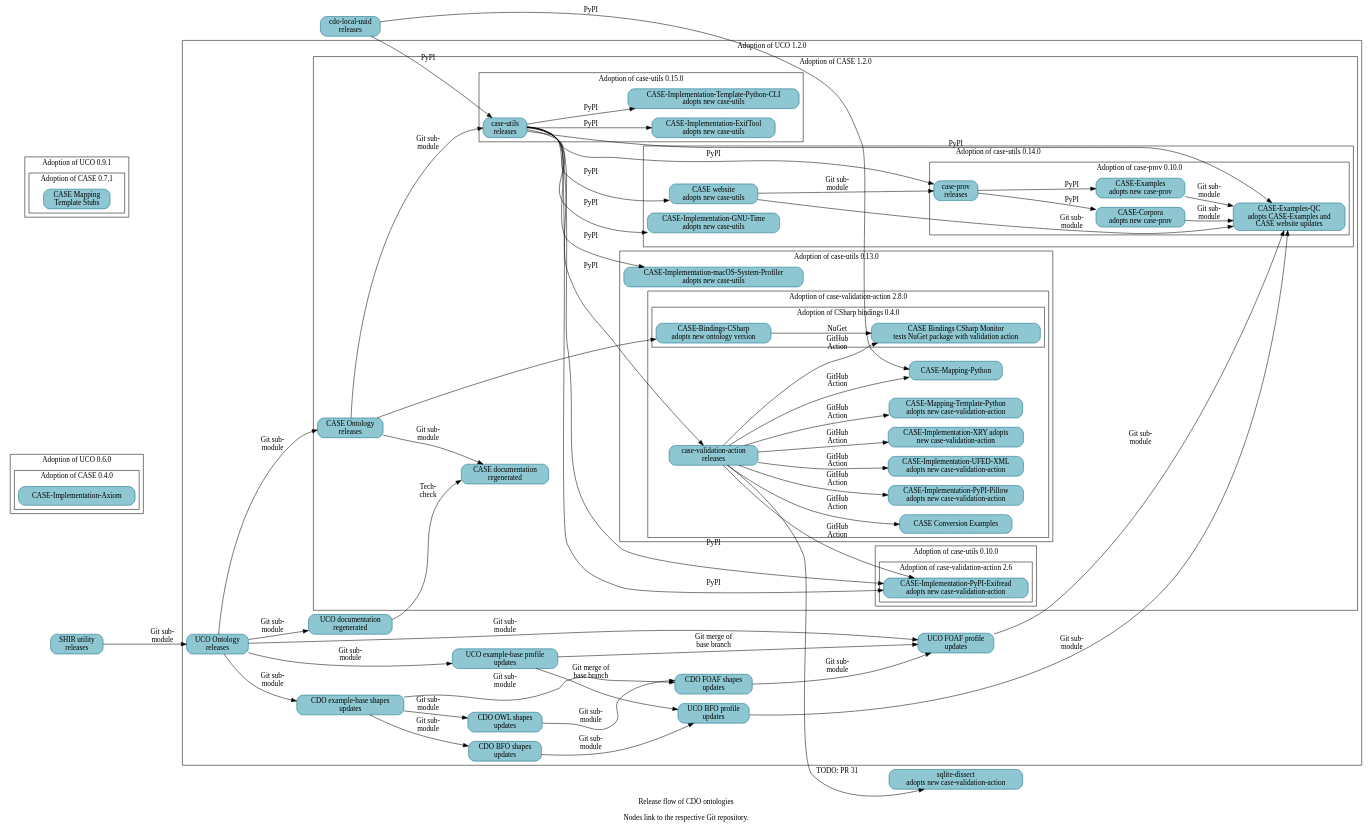
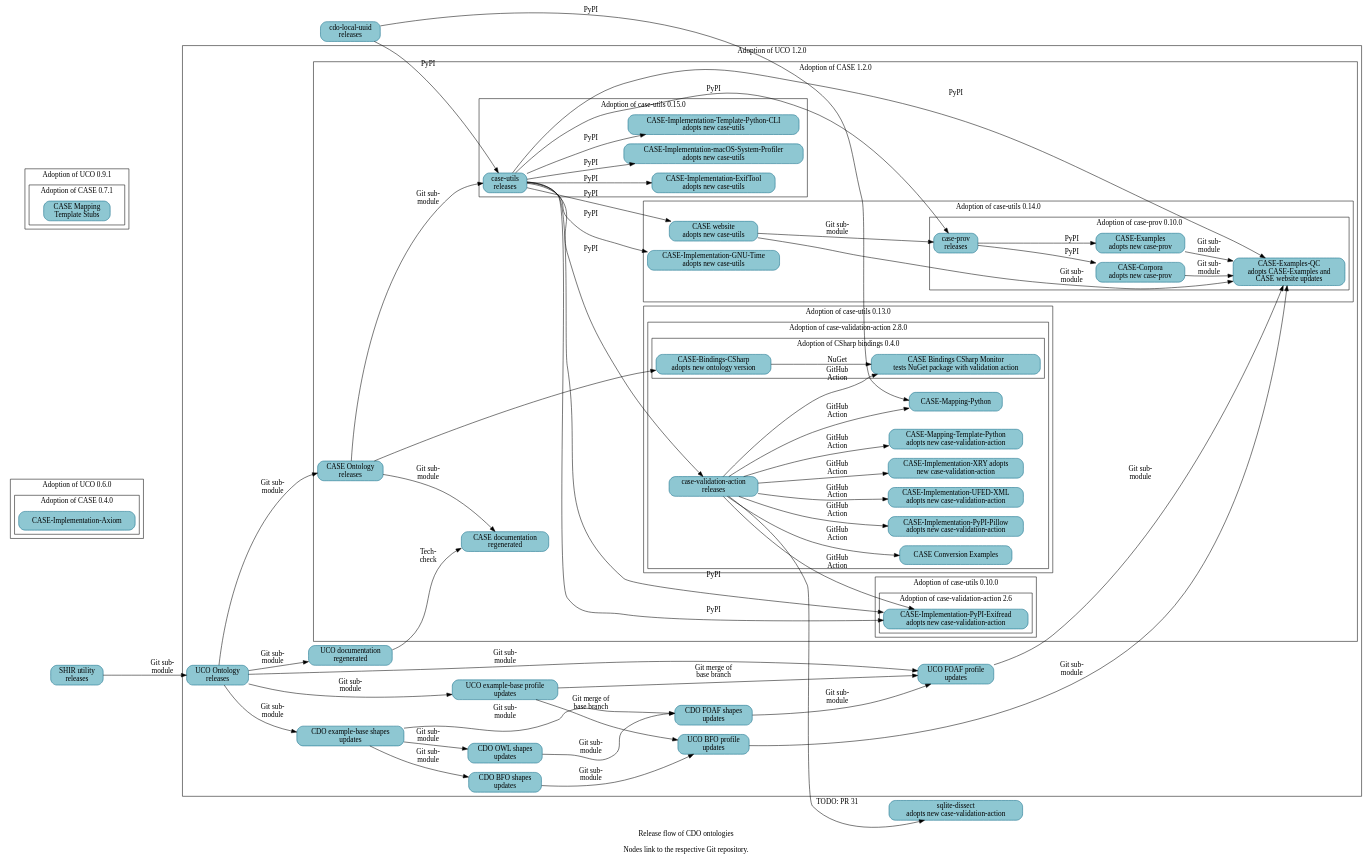
The diagram in resources/project_release_flow.dot (Cyber-Domain-Ontology/cdo.github.io), drawn with Graphviz before and after one commit.

Commit message:
Bump adoption of case-utils
A follow-on patch will regenerate Make-managed files.

```diff
--- a/resources/project_release_flow.dot
+++ b/resources/project_release_flow.dot
@@ -1,161 +1,160 @@
 digraph "cdo_release_flow" {
   label = "Release flow of CDO ontologies\n\nNodes link to the respective Git repository." ;
   rankdir = "LR" ;
   node [shape="rectangle" style="filled,rounded" fillcolor="#8EC7D2" color="#0D6986"] ;
 
   // Define nodes in their corresponding progress subgraph.
 
   _GH__CYBER_DOMAIN_ONTOLOGY__CDO_UTILITY_LOCAL_UUID [URL="https://github.com/Cyber-Domain-Ontology/CDO-Utility-Local-UUID" label="cdo-local-uuid\nreleases"] ;
 
   subgraph cluster_uco_0_6_0 {
     label = "Adoption of UCO 0.6.0" ;
 
     subgraph cluster_case_0_4_0 {
       label = "Adoption of CASE 0.4.0" ;
       _GH__CASEWORK__CASE_IMPLEMENTATION_AXIOM [URL="https://github.com/casework/CASE-Implementation-Axiom" label="CASE-Implementation-Axiom"] ;
     }
   }
 
   subgraph cluster_uco_0_9_1 {
     label = "Adoption of UCO 0.9.1" ;
 
     subgraph cluster_case_0_7_1 {
       label = "Adoption of CASE 0.7.1" ;
       _GH__CASEWORK__CASE_MAPPING_TEMPLATE_STUBS [URL="https://github.com/casework/CASE-Mapping-Template-Stubs" label="CASE Mapping\nTemplate Stubs"] ;
     }
   }
 
   subgraph cluster_uco_1_2_0 {
     label = "Adoption of UCO 1.2.0" ;
 
     _GH__CYBER_DOMAIN_ONTOLOGY__CDO_SHAPES_BFO [URL="https://github.com/Cyber-Domain-Ontology/CDO-Shapes-BFO" label="CDO BFO shapes\nupdates"] ;
     _GH__CYBER_DOMAIN_ONTOLOGY__CDO_SHAPES_EXAMPLE [URL="https://github.com/Cyber-Domain-Ontology/CDO-Shapes-Example" label="CDO example-base shapes\nupdates"] ;
     _GH__CYBER_DOMAIN_ONTOLOGY__CDO_SHAPES_FOAF [URL="https://github.com/Cyber-Domain-Ontology/CDO-Shapes-FOAF" label="CDO FOAF shapes\nupdates"] ;
     _GH__CYBER_DOMAIN_ONTOLOGY__CDO_SHAPES_OWL [URL="https://github.com/Cyber-Domain-Ontology/CDO-Shapes-OWL" label="CDO OWL shapes\nupdates"] ;
     _GH__UCOPROJECT__ONTOLOGY_UNIFIEDCYBERONTOLOGY_ORG [URL="https://github.com/ucoProject/ontology.unifiedcyberontology.org" label="UCO documentation\nregenerated"] ;
     _GH__UCOPROJECT__UCO [URL="https://github.com/ucoProject/UCO" label="UCO Ontology\nreleases"] ;
     _GH__UCOPROJECT__UCO_PROFILE_BFO [URL="https://github.com/ucoProject/UCO-Profile-BFO" label="UCO BFO profile\nupdates"] ;
     _GH__UCOPROJECT__UCO_PROFILE_EXAMPLE [URL="https://github.com/ucoProject/UCO-Profile-Example" label="UCO example-base profile\nupdates"] ;
     _GH__UCOPROJECT__UCO_PROFILE_FOAF [URL="https://github.com/ucoProject/UCO-Profile-FOAF" label="UCO FOAF profile\nupdates"] ;
 
     subgraph cluster_case_1_2_0 {
       label = "Adoption of CASE 1.2.0" ;
 
       _GH__CASEWORK__CASE [URL="https://github.com/casework/CASE" label="CASE Ontology\nreleases"] ;
       _GH__CASEWORK__ONTOLOGY_CASEONTOLOGY_ORG [URL="https://github.com/casework/ontology.caseontology.org" label="CASE documentation\nregenerated"] ;
 
       subgraph cluster_case_utils_0_10_0 {
         label = "Adoption of case-utils 0.10.0" ;
 
         subgraph cluster_case_validation_action_2_6 {
           label = "Adoption of case-validation-action 2.6" ;
 
           _GH__CASEWORK__CASE_IMPLEMENTATION_PYPI_EXIFREAD [URL="https://github.com/casework/CASE-Implementation-PyPI-Exifread" label="CASE-Implementation-PyPI-Exifread\nadopts new case-validation-action"] ;
         }
       }
 
       subgraph cluster_case_utils_0_13_0 {
         label = "Adoption of case-utils 0.13.0" ;
 
-        _GH__CASEWORK__CASE_IMPLEMENTATION_MACOS_SYSTEM_PROFILER [URL="https://github.com/casework/CASE-Implementation-macOS-System-Profiler" label="CASE-Implementation-macOS-System-Profiler\nadopts new case-utils"] ;
-
         subgraph cluster_case_validation_action_2_8_0 {
           label = "Adoption of case-validation-action 2.8.0" ;
 
           _GH__KCHASON__CASE_VALIDATION_ACTION [URL="https://github.com/kchason/case-validation-action" label="case-validation-action\nreleases"] ;
           _GH__CASEWORK__CASE_EXAMPLES_CONVERSION [URL="https://github.com/casework/CASE-Examples-Conversion" label="CASE Conversion Examples"] ;
           _GH__CASEWORK__CASE_IMPLEMENTATION_PYPI_PILLOW [URL="https://github.com/casework/CASE-Implementation-PyPI-Pillow" label="CASE-Implementation-PyPI-Pillow\nadopts new case-validation-action"] ;
           _GH__CASEWORK__CASE_IMPLEMENTATION_UFED_XML [URL="https://github.com/casework/CASE-Implementation-UFED-XML" label="CASE-Implementation-UFED-XML\nadopts new case-validation-action"] ;
           _GH__CASEWORK__CASE_IMPLEMENTATION_XRY [URL="https://github.com/casework/CASE-Implementation-XRY" label="CASE-Implementation-XRY adopts\nnew case-validation-action"] ;
           _GH__CASEWORK__CASE_MAPPING_PYTHON [URL="https://github.com/casework/CASE-Mapping-Python/" label="CASE-Mapping-Python"] ;
           _GH__CASEWORK__CASE_MAPPING_TEMPLATE_PYTHON [URL="https://github.com/casework/CASE-Mapping-Template-Python" label="CASE-Mapping-Template-Python\nadopts new case-validation-action"] ;
 
           subgraph cluster_case_bindings_csharp_0_4_0 {
             label = "Adoption of CSharp bindings 0.4.0" ;
 
             _GH__CASEWORK__CASE_BINDINGS_CSHARP_MONITOR [URL="https://github.com/casework/CASE-Bindings-CSharp-Monitor" label="CASE Bindings CSharp Monitor\ntests NuGet package with validation action"] ;
             _GH__CIPHERTECHSOLUTIONS__CASE_BINDINGS_CSHARP [URL="https://github.com/ciphertechsolutions/CASE-Bindings-CSharp" label="CASE-Bindings-CSharp\nadopts new ontology version"] ;
           }
         }
       }
 
       subgraph cluster_case_utils_0_14_0 {
         label = "Adoption of case-utils 0.14.0" ;
 
         _GH__CASEWORK__CASE_IMPLEMENTATION_GNU_TIME [URL="https://github.com/casework/CASE-Implementation-GNU-Time" label="CASE-Implementation-GNU-Time\nadopts new case-utils"] ;
         _GH__CASEWORK__CASEWORK_GITHUB_IO [URL="https://github.com/casework/casework.github.io" label="CASE website\nadopts new case-utils"] ;
 
         subgraph cluster_case_prov_0_10_0 {
           label = "Adoption of case-prov 0.10.0" ;
 
           _GH__AJNELSON_NIST__CASE_EXAMPLES_QC [URL="https://github.com/ajnelson-nist/CASE-Examples-QC" label="CASE-Examples-QC\nadopts CASE-Examples and\nCASE website updates"] ;
           _GH__CASEWORK__CASE_CORPORA [URL="https://github.com/casework/CASE-Corpora" label="CASE-Corpora\nadopts new case-prov"] ;
           _GH__CASEWORK__CASE_EXAMPLES [URL="https://github.com/casework/CASE-Examples" label="CASE-Examples\nadopts new case-prov"] ;
           _GH__CASEWORK__CASE_IMPLEMENTATION_PROV_O [URL="https://github.com/casework/CASE-Implementation-PROV-O" label="case-prov\nreleases"] ;
         }
       }
 
       subgraph cluster_case_utils_0_15_0 {
         label = "Adoption of case-utils 0.15.0" ;
 
         _GH__CASEWORK__CASE_IMPLEMENTATION_EXIFTOOL [URL="https://github.com/casework/CASE-Implementation-ExifTool" label="CASE-Implementation-ExifTool\nadopts new case-utils"] ;
+        _GH__CASEWORK__CASE_IMPLEMENTATION_MACOS_SYSTEM_PROFILER [URL="https://github.com/casework/CASE-Implementation-macOS-System-Profiler" label="CASE-Implementation-macOS-System-Profiler\nadopts new case-utils"] ;
         _GH__CASEWORK__CASE_IMPLEMENTATION_TEMPLATE_PYTHON_CLI [URL="https://github.com/casework/CASE-Implementation-Template-Python-CLI" label="CASE-Implementation-Template-Python-CLI\nadopts new case-utils"]
         _GH__CASEWORK__CASE_UTILITIES_PYTHON [URL="https://github.com/casework/CASE-Utilities-Python" label="case-utils\nreleases"] ;
       }
     }
   }
 
   _GH__CASEWORK__CASE_UTILITY_SHACL_INHERITANCE_REVIEWER [URL="https://github.com/casework/CASE-Utility-SHACL-Inheritance-Reviewer" label="SHIR utility\nreleases"] ;
   _GH__DOD_CYBER_CRIME_CENTER__SQLITE_DISSECT [URL="https://github.com/dod-cyber-crime-center/sqlite-dissect" label="sqlite-dissect\nadopts new case-validation-action"] ;
 
   // Begin edges
 
   _GH__CASEWORK__CASEWORK_GITHUB_IO -> _GH__CASEWORK__CASE_IMPLEMENTATION_PROV_O [label="Git sub-\nmodule"] ;
   _GH__CASEWORK__CASE_CORPORA -> _GH__AJNELSON_NIST__CASE_EXAMPLES_QC [label="Git sub-\nmodule"] ;
   _GH__CASEWORK__CASE -> _GH__CASEWORK__CASE_UTILITIES_PYTHON [label="Git sub-\nmodule"] ;
   _GH__CASEWORK__CASE -> _GH__CIPHERTECHSOLUTIONS__CASE_BINDINGS_CSHARP ;
   _GH__CASEWORK__CASE -> _GH__CASEWORK__ONTOLOGY_CASEONTOLOGY_ORG [label="Git sub-\nmodule"] ; 
   _GH__CASEWORK__CASE_EXAMPLES -> _GH__AJNELSON_NIST__CASE_EXAMPLES_QC [label="Git sub-\nmodule"] ;
   _GH__CASEWORK__CASE_IMPLEMENTATION_PROV_O -> _GH__CASEWORK__CASE_CORPORA [label="PyPI"] ;
   _GH__CASEWORK__CASE_IMPLEMENTATION_PROV_O -> _GH__CASEWORK__CASE_EXAMPLES [label="PyPI"] ;
   _GH__CASEWORK__CASE_UTILITIES_PYTHON -> _GH__AJNELSON_NIST__CASE_EXAMPLES_QC [label="PyPI"] ;
   _GH__CASEWORK__CASE_UTILITIES_PYTHON -> _GH__CASEWORK__CASE_IMPLEMENTATION_EXIFTOOL [label="PyPI"] ;
   _GH__CASEWORK__CASE_UTILITIES_PYTHON -> _GH__CASEWORK__CASE_IMPLEMENTATION_GNU_TIME [label="PyPI"] ;
   _GH__CASEWORK__CASE_UTILITIES_PYTHON -> _GH__CASEWORK__CASE_IMPLEMENTATION_MACOS_SYSTEM_PROFILER [label="PyPI"] ;
   _GH__CASEWORK__CASE_UTILITIES_PYTHON -> _GH__CASEWORK__CASE_IMPLEMENTATION_PROV_O [label="PyPI"] ;
   _GH__CASEWORK__CASE_UTILITIES_PYTHON -> _GH__CASEWORK__CASE_IMPLEMENTATION_PYPI_EXIFREAD [label="PyPI"] ;
   _GH__CASEWORK__CASE_UTILITIES_PYTHON -> _GH__CASEWORK__CASE_IMPLEMENTATION_TEMPLATE_PYTHON_CLI [label="PyPI"];
   _GH__CASEWORK__CASE_UTILITIES_PYTHON -> _GH__KCHASON__CASE_VALIDATION_ACTION [label="PyPI"] ;
   _GH__CASEWORK__CASE_UTILITIES_PYTHON -> _GH__CASEWORK__CASEWORK_GITHUB_IO [label="PyPI"] ;
   _GH__CASEWORK__CASE_UTILITY_SHACL_INHERITANCE_REVIEWER -> _GH__UCOPROJECT__UCO [label="Git sub-\nmodule"] ;
   _GH__CASEWORK__CASEWORK_GITHUB_IO -> _GH__AJNELSON_NIST__CASE_EXAMPLES_QC [label="Git sub-\nmodule"] ;
   _GH__CIPHERTECHSOLUTIONS__CASE_BINDINGS_CSHARP -> _GH__CASEWORK__CASE_BINDINGS_CSHARP_MONITOR [label="NuGet"] ;
   _GH__CYBER_DOMAIN_ONTOLOGY__CDO_UTILITY_LOCAL_UUID -> _GH__CASEWORK__CASE_MAPPING_PYTHON [label="PyPI"] ;
   _GH__CYBER_DOMAIN_ONTOLOGY__CDO_UTILITY_LOCAL_UUID -> _GH__CASEWORK__CASE_UTILITIES_PYTHON [label="PyPI"] ;
   _GH__CYBER_DOMAIN_ONTOLOGY__CDO_SHAPES_BFO -> _GH__UCOPROJECT__UCO_PROFILE_BFO [label="Git sub-\nmodule"] ;
   _GH__CYBER_DOMAIN_ONTOLOGY__CDO_SHAPES_EXAMPLE -> _GH__CYBER_DOMAIN_ONTOLOGY__CDO_SHAPES_BFO [label="Git sub-\nmodule"] ;
   _GH__CYBER_DOMAIN_ONTOLOGY__CDO_SHAPES_EXAMPLE -> _GH__CYBER_DOMAIN_ONTOLOGY__CDO_SHAPES_FOAF [label="Git sub-\nmodule"] ;
   _GH__CYBER_DOMAIN_ONTOLOGY__CDO_SHAPES_EXAMPLE -> _GH__CYBER_DOMAIN_ONTOLOGY__CDO_SHAPES_OWL [label="Git sub-\nmodule"] ;
   _GH__CYBER_DOMAIN_ONTOLOGY__CDO_SHAPES_FOAF -> _GH__UCOPROJECT__UCO_PROFILE_FOAF [label="Git sub-\nmodule"] ;
   _GH__CYBER_DOMAIN_ONTOLOGY__CDO_SHAPES_OWL -> _GH__CYBER_DOMAIN_ONTOLOGY__CDO_SHAPES_FOAF [label="Git sub-\nmodule"] ;
   _GH__KCHASON__CASE_VALIDATION_ACTION -> _GH__CASEWORK__CASE_BINDINGS_CSHARP_MONITOR [label="GitHub\nAction"] ;
   _GH__KCHASON__CASE_VALIDATION_ACTION -> _GH__CASEWORK__CASE_EXAMPLES_CONVERSION [label="GitHub\nAction"];
   _GH__CASEWORK__CASE_UTILITIES_PYTHON -> _GH__CASEWORK__CASE_IMPLEMENTATION_PYPI_EXIFREAD [label="PyPI"] ;
   _GH__KCHASON__CASE_VALIDATION_ACTION -> _GH__CASEWORK__CASE_IMPLEMENTATION_PYPI_EXIFREAD [label="GitHub\nAction"] ;
   _GH__KCHASON__CASE_VALIDATION_ACTION -> _GH__CASEWORK__CASE_IMPLEMENTATION_PYPI_PILLOW [label="GitHub\nAction"] ;
   _GH__KCHASON__CASE_VALIDATION_ACTION -> _GH__CASEWORK__CASE_IMPLEMENTATION_UFED_XML [label="GitHub\nAction"] ;
   _GH__KCHASON__CASE_VALIDATION_ACTION -> _GH__CASEWORK__CASE_IMPLEMENTATION_XRY [label="GitHub\nAction"] ;
   _GH__KCHASON__CASE_VALIDATION_ACTION -> _GH__CASEWORK__CASE_MAPPING_PYTHON [label="GitHub\nAction"] ;
   _GH__KCHASON__CASE_VALIDATION_ACTION -> _GH__CASEWORK__CASE_MAPPING_TEMPLATE_PYTHON [label="GitHub\nAction"] ;
   _GH__KCHASON__CASE_VALIDATION_ACTION -> _GH__DOD_CYBER_CRIME_CENTER__SQLITE_DISSECT [URL="https://github.com/dod-cyber-crime-center/sqlite-dissect/pull/31" label="TODO: PR 31"] ;
   _GH__UCOPROJECT__ONTOLOGY_UNIFIEDCYBERONTOLOGY_ORG -> _GH__CASEWORK__ONTOLOGY_CASEONTOLOGY_ORG [label="Tech-\ncheck"];
   _GH__UCOPROJECT__UCO -> _GH__CASEWORK__CASE [label="Git sub-\nmodule"] ;
   _GH__UCOPROJECT__UCO -> _GH__CYBER_DOMAIN_ONTOLOGY__CDO_SHAPES_EXAMPLE [label="Git sub-\nmodule"] ;
   _GH__UCOPROJECT__UCO -> _GH__UCOPROJECT__ONTOLOGY_UNIFIEDCYBERONTOLOGY_ORG [label="Git sub-\nmodule"] ;
   _GH__UCOPROJECT__UCO -> _GH__UCOPROJECT__UCO_PROFILE_EXAMPLE [label="Git sub-\nmodule"] ;
   _GH__UCOPROJECT__UCO -> _GH__UCOPROJECT__UCO_PROFILE_FOAF [label="Git sub-\nmodule"] ;
   _GH__UCOPROJECT__UCO_PROFILE_BFO -> _GH__AJNELSON_NIST__CASE_EXAMPLES_QC [label="Git sub-\nmodule"] ;
   _GH__UCOPROJECT__UCO_PROFILE_EXAMPLE -> _GH__UCOPROJECT__UCO_PROFILE_BFO [label="Git merge of\nbase branch"] ;
   _GH__UCOPROJECT__UCO_PROFILE_EXAMPLE -> _GH__UCOPROJECT__UCO_PROFILE_FOAF [label="Git merge of\nbase branch"] ;
   _GH__UCOPROJECT__UCO_PROFILE_FOAF -> _GH__AJNELSON_NIST__CASE_EXAMPLES_QC [label="Git sub-\nmodule"] ;
 }
```
